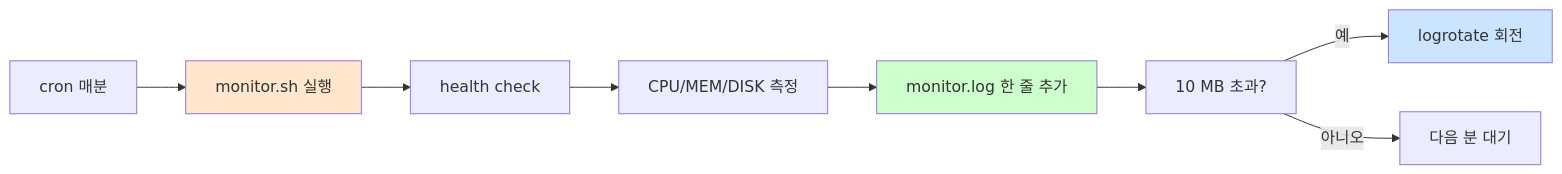
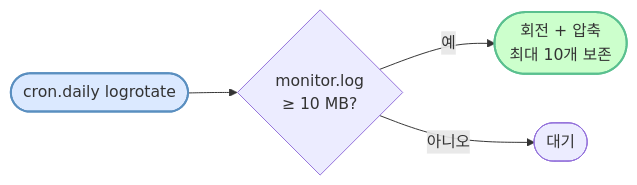
Before and after one commit to codewhite7777/codyssey_b1_1: the eighth of 8 diagrams in docs/spec-overview.md, drawn with Mermaid. The commit also changed other lines of this file, not shown here.

First line of the commit message:
docs(spec-overview): Mermaid 다이어그램 깔끔하게 다듬기

````diff
--- a/docs/spec-overview.md
+++ b/docs/spec-overview.md
@@ -255,14 +287,9 @@
 ```mermaid
 flowchart LR
-    A["cron 매분"] --> B["monitor.sh 실행"]
-    B --> C["health check"]
-    C --> D["CPU/MEM/DISK 측정"]
-    D --> E["monitor.log 한 줄 추가"]
-    E --> F["10 MB 초과?"]
-    F -->|예| G["logrotate 회전"]
-    F -->|아니오| H["다음 분 대기"]
+    A([cron.daily logrotate]) --> B{monitor.log<br/>≥ 10 MB?}
+    B -->|예| C([회전 + 압축<br/>최대 10개 보존])
+    B -->|아니오| D([대기])
 
-    style B fill:#ffe6cc
-    style E fill:#ccffcc
-    style G fill:#cce5ff
+    style A fill:#dbe9ff,stroke:#5a8fc0,stroke-width:2px
+    style C fill:#ccffcc,stroke:#5ac08f,stroke-width:2px
 ```
````
